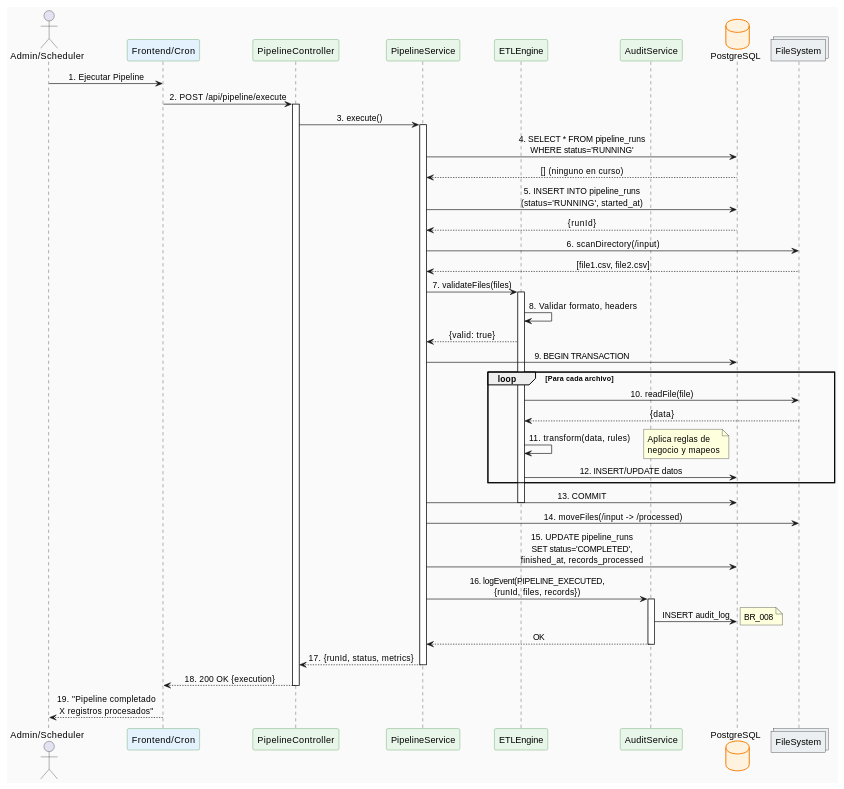
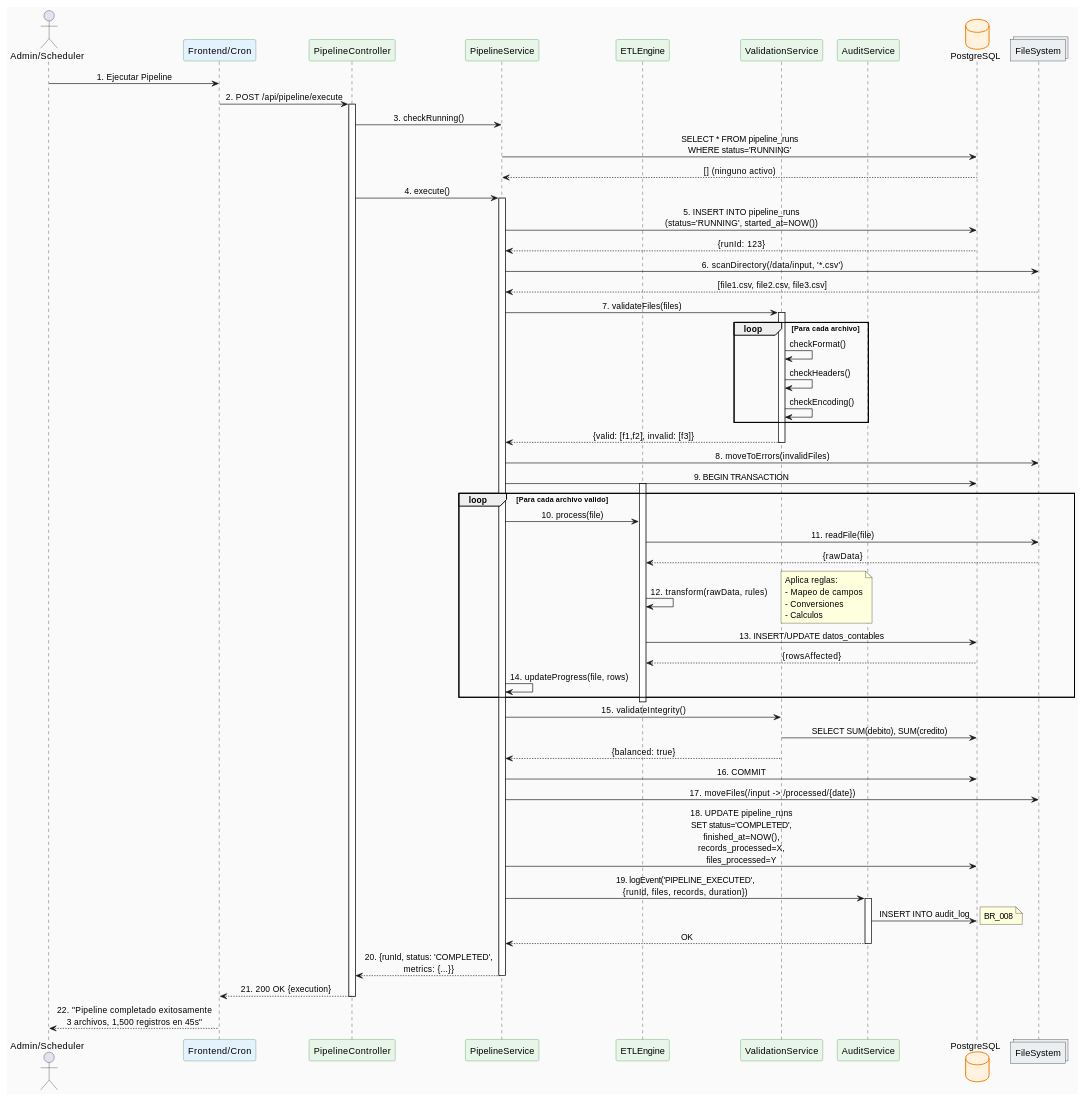
One commit to jcg-admin/IACT-docs changed the second of 3 diagrams in source/requisitos/casos_uso/pipeline/UC_050_Ejecutar_Pipeline.rst. Above: the diagram before and after it, drawn with PlantUML. The commit also changed other lines of this file and 4 other files, not shown here.

```diff
--- a/source/requisitos/casos_uso/pipeline/UC_050_Ejecutar_Pipeline.rst
+++ b/source/requisitos/casos_uso/pipeline/UC_050_Ejecutar_Pipeline.rst
@@ -209,6 +226,7 @@
    participant "PipelineController" as PC #E8F5E9
    participant "PipelineService" as PS #E8F5E9
    participant "ETLEngine" as ETL #E8F5E9
+   participant "ValidationService" as VS #E8F5E9
    participant "AuditService" as AUD #E8F5E9
    database "PostgreSQL" as DB #FFF3E0
    collections "FileSystem" as FS #ECEFF1
@@ -217,54 +235,76 @@
    FE -> PC: 2. POST /api/pipeline/execute
    activate PC
 
-   PC -> PS: 3. execute()
+   PC -> PS: 3. checkRunning()
+   PS -> DB: SELECT * FROM pipeline_runs\nWHERE status='RUNNING'
+   DB --> PS: [] (ninguno activo)
+
+   PC -> PS: 4. execute()
    activate PS
 
-   PS -> DB: 4. SELECT * FROM pipeline_runs\nWHERE status='RUNNING'
-   DB --> PS: [] (ninguno en curso)
+   PS -> DB: 5. INSERT INTO pipeline_runs\n(status='RUNNING', started_at=NOW())
+   DB --> PS: {runId: 123}
 
-   PS -> DB: 5. INSERT INTO pipeline_runs\n(status='RUNNING', started_at)
-   DB --> PS: {runId}
+   PS -> FS: 6. scanDirectory(/data/input, '*.csv')
+   FS --> PS: [file1.csv, file2.csv, file3.csv]
 
-   PS -> FS: 6. scanDirectory(/input)
-   FS --> PS: [file1.csv, file2.csv]
+   PS -> VS: 7. validateFiles(files)
+   activate VS
+   loop Para cada archivo
+       VS -> VS: checkFormat()
+       VS -> VS: checkHeaders()
+       VS -> VS: checkEncoding()
+   end
+   VS --> PS: {valid: [f1,f2], invalid: [f3]}
+   deactivate VS
 
-   PS -> ETL: 7. validateFiles(files)
-   activate ETL
-   ETL -> ETL: 8. Validar formato, headers
-   ETL --> PS: {valid: true}
+   PS -> FS: 8. moveToErrors(invalidFiles)
 
    PS -> DB: 9. BEGIN TRANSACTION
+   activate ETL
 
-   loop Para cada archivo
-       ETL -> FS: 10. readFile(file)
-       FS --> ETL: {data}
+   loop Para cada archivo valido
+       PS -> ETL: 10. process(file)
+       ETL -> FS: 11. readFile(file)
+       FS --> ETL: {rawData}
 
-       ETL -> ETL: 11. transform(data, rules)
-       note right: Aplica reglas de\nnegocio y mapeos
+       ETL -> ETL: 12. transform(rawData, rules)
+       note right
+           Aplica reglas:
+           - Mapeo de campos
+           - Conversiones
+           - Calculos
+       end note
 
-       ETL -> DB: 12. INSERT/UPDATE datos
+       ETL -> DB: 13. INSERT/UPDATE datos_contables
+       DB --> ETL: {rowsAffected}
+
+       PS -> PS: 14. updateProgress(file, rows)
    end
-
-   PS -> DB: 13. COMMIT
    deactivate ETL
 
-   PS -> FS: 14. moveFiles(/input -> /processed)
+   PS -> VS: 15. validateIntegrity()
+   VS -> DB: SELECT SUM(debito), SUM(credito)
+   VS --> PS: {balanced: true}
 
-   PS -> DB: 15. UPDATE pipeline_runs\nSET status='COMPLETED',\nfinished_at, records_processed
+   PS -> DB: 16. COMMIT
 
-   PS -> AUD: 16. logEvent(PIPELINE_EXECUTED,\n{runId, files, records})
+   PS -> FS: 17. moveFiles(/input -> /processed/{date})
+
+   PS -> DB: 18. UPDATE pipeline_runs\nSET status='COMPLETED',\nfinished_at=NOW(),\nrecords_processed=X,\nfiles_processed=Y
+
+   PS -> AUD: 19. logEvent('PIPELINE_EXECUTED',\n{runId, files, records, duration})
    activate AUD
-   AUD -> DB: INSERT audit_log
+   AUD -> DB: INSERT INTO audit_log
    note right: BR_008
    AUD --> PS: OK
    deactivate AUD
 
-   PS --> PC: 17. {runId, status, metrics}
+   PS --> PC: 20. {runId, status: 'COMPLETED',\nmetrics: {...}}
    deactivate PS
 
-   PC --> FE: 18. 200 OK {execution}
+   PC --> FE: 21. 200 OK {execution}
    deactivate PC
 
-   FE --> ACT: 19. "Pipeline completado\nX registros procesados"
+   FE --> ACT: 22. "Pipeline completado exitosamente\n3 archivos, 1,500 registros en 45s"
    @enduml
```
